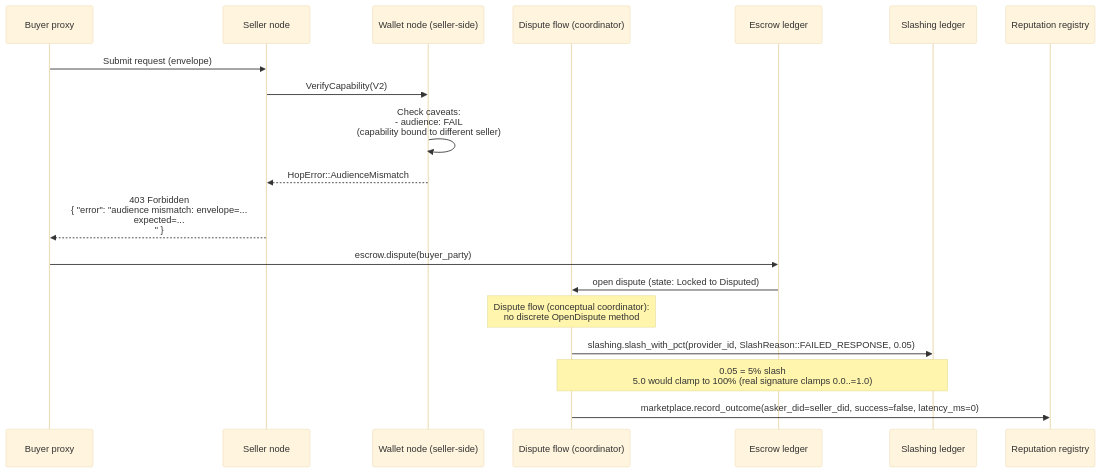
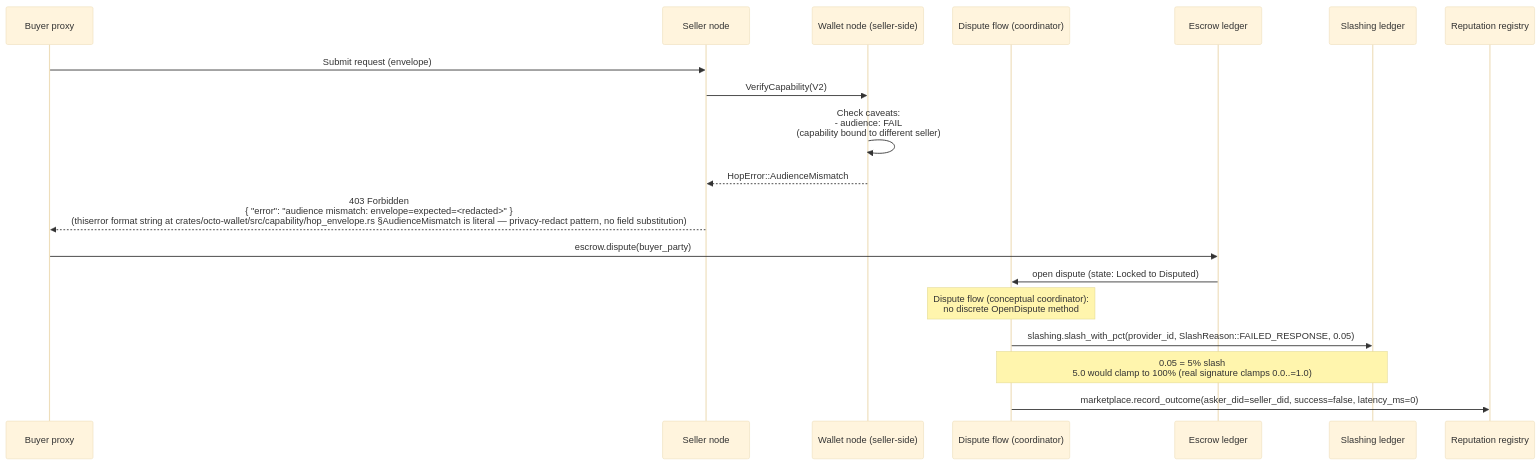
Diagram 13 of 14 in docs/architecture/end-to-end-scenarios.md (CipherOcto/cipherocto), drawn with Mermaid (base theme) before and after one commit. The commit also changed other lines of this file, not shown here.

First line of the commit message:
docs(architecture): round 15 review fixes for end-to-end-scenarios

````diff
--- a/docs/architecture/end-to-end-scenarios.md
+++ b/docs/architecture/end-to-end-scenarios.md
@@ -617,23 +738,23 @@
 ```mermaid
 sequenceDiagram
     participant P0 as Buyer proxy
     participant SN as Seller node
     participant W as Wallet node (seller-side)
     participant D as Dispute flow (coordinator)
     participant E as Escrow ledger
     participant SL as Slashing ledger
     participant RR as Reputation registry
 
     P0->>SN: Submit request (envelope)
     SN->>W: VerifyCapability(V2)
     W->>W: Check caveats:<br/>  - audience: FAIL<br/>(capability bound to different seller)
     W-->>SN: HopError::AudienceMismatch
-    SN-->>P0: 403 Forbidden<br/>{ "error": "audience mismatch: envelope=...<br/>  expected=...<br/>" }
+    SN-->>P0: 403 Forbidden<br/>{ "error": "audience mismatch: envelope=expected=<redacted>" }<br/>(thiserror format string at crates/octo-wallet/src/capability/hop_envelope.rs §AudienceMismatch is literal — privacy-redact pattern, no field substitution)
 
     P0->>E: escrow.dispute(buyer_party)
     E->>D: open dispute (state: Locked to Disputed)
     Note over D: Dispute flow (conceptual coordinator):<br/>no discrete OpenDispute method
     D->>SL: slashing.slash_with_pct(provider_id, SlashReason::FAILED_RESPONSE, 0.05)
     Note over D,SL: 0.05 = 5% slash<br/>5.0 would clamp to 100% (real signature clamps 0.0..=1.0)
     D->>RR: marketplace.record_outcome(asker_did=seller_did, success=false, latency_ms=0)
 ```
````
